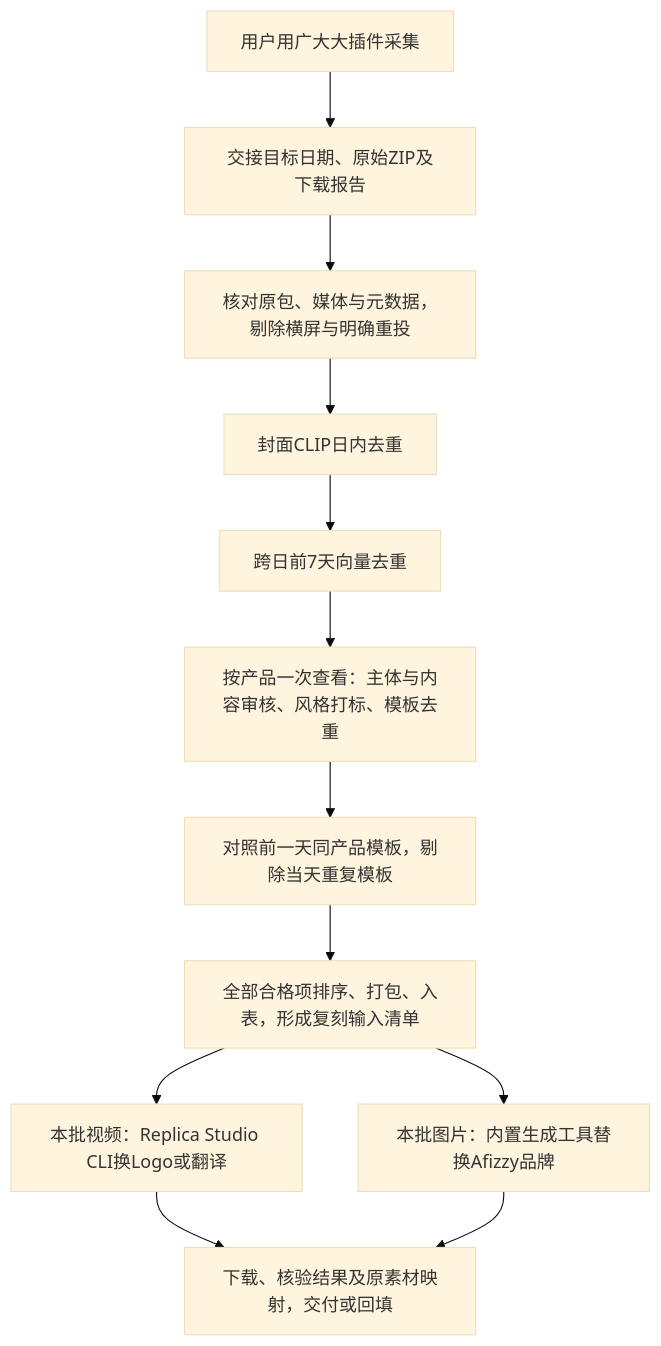
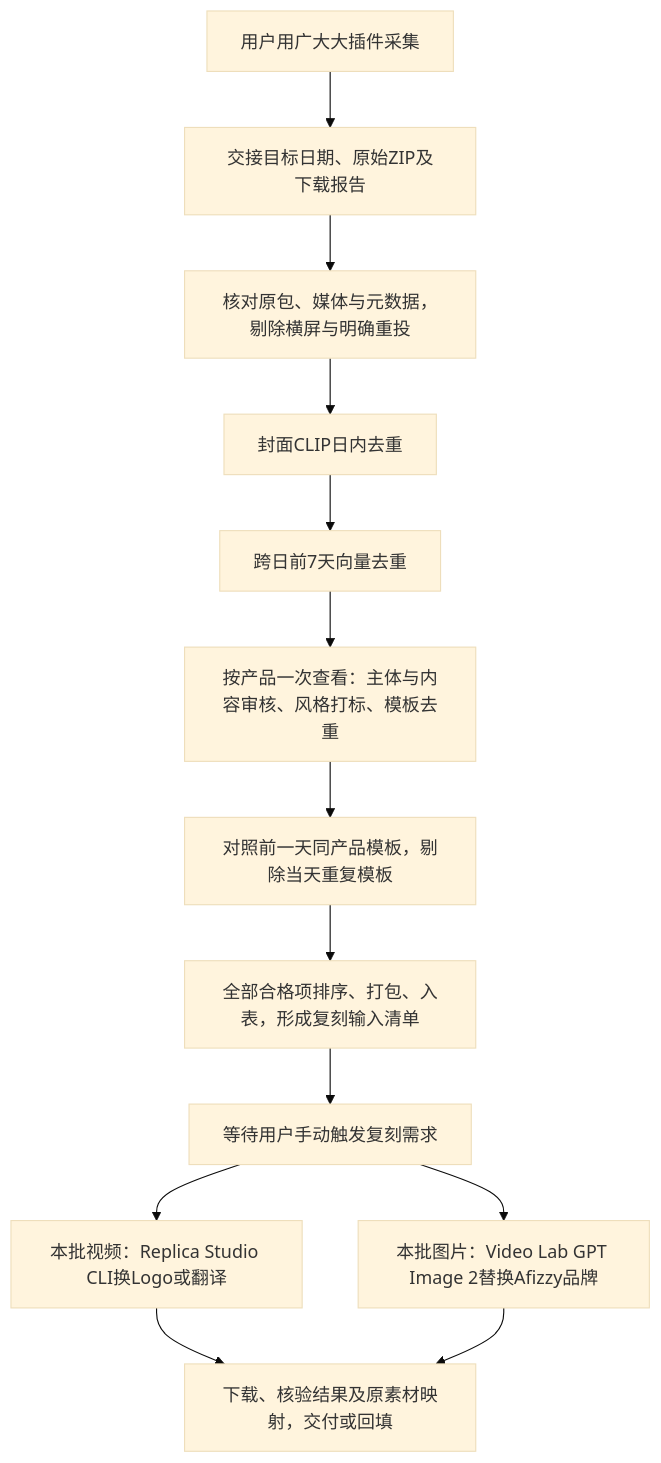
One commit to Olivr-HZK/ai- changed the diagram in docs/afizzy-material-workflow.md. Above: the diagram before and after it, drawn with Mermaid (base theme). The commit also changed other lines of this file and 39 other files, not shown here.

````diff
--- a/docs/afizzy-material-workflow.md
+++ b/docs/afizzy-material-workflow.md
@@ -13,14 +13,15 @@
 ```mermaid
 flowchart TD
     A[用户用广大大插件采集] --> B[交接目标日期、原始ZIP及下载报告]
     B --> C[核对原包、媒体与元数据，剔除横屏与明确重投]
     C --> D[封面CLIP日内去重]
     D --> E[跨日前7天向量去重]
     E --> F[按产品一次查看：主体与内容审核、风格打标、模板去重]
     F --> K[对照前一天同产品模板，剔除当天重复模板]
     K --> G[全部合格项排序、打包、入表，形成复刻输入清单]
-    G --> H[本批视频：Replica Studio CLI换Logo或翻译]
-    G --> J[本批图片：内置生成工具替换Afizzy品牌]
+    G --> T[等待用户手动触发复刻需求]
+    T --> H[本批视频：Replica Studio CLI换Logo或翻译]
+    T --> J[本批图片：Video Lab GPT Image 2替换Afizzy品牌]
     H --> I[下载、核验结果及原素材映射，交付或回填]
     J --> I
 ```
````
